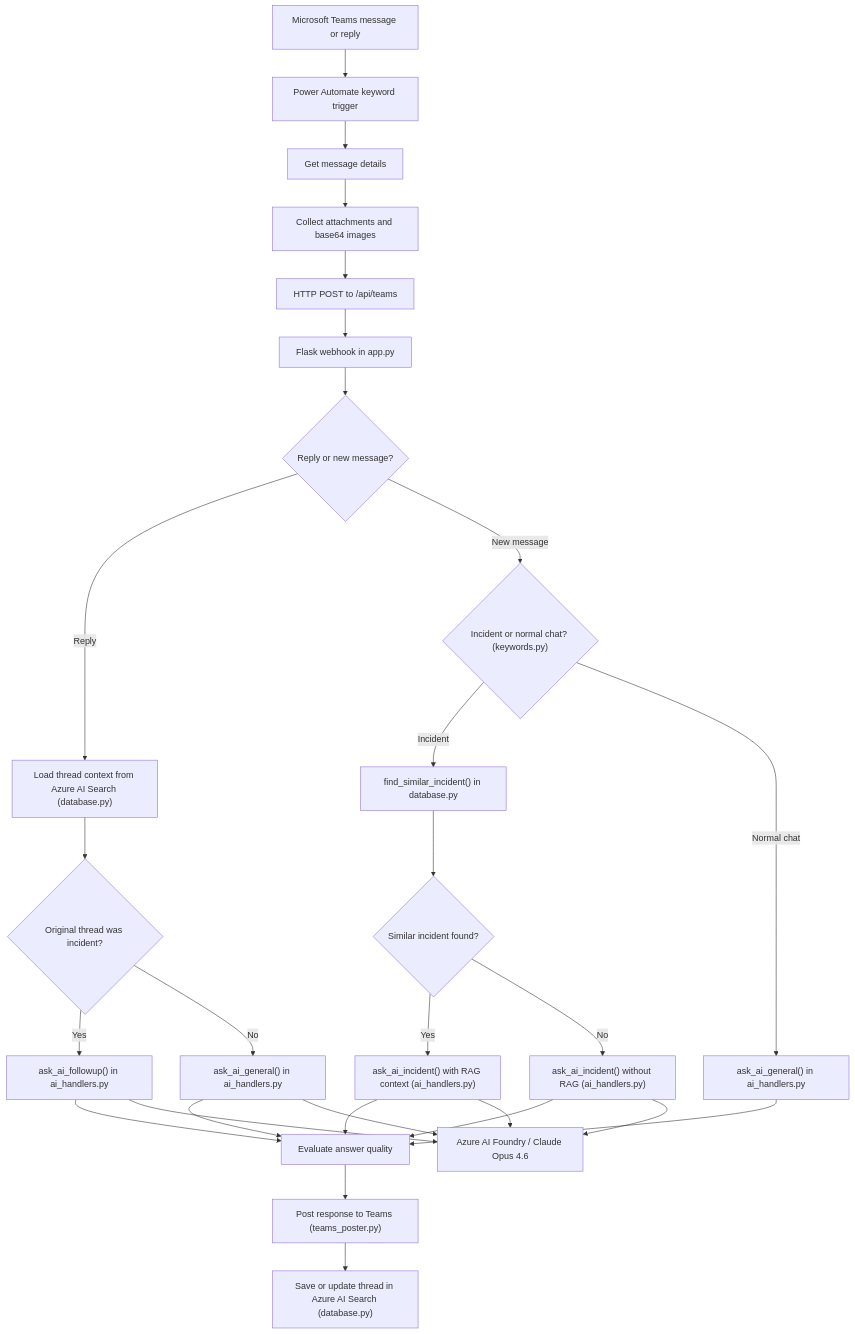
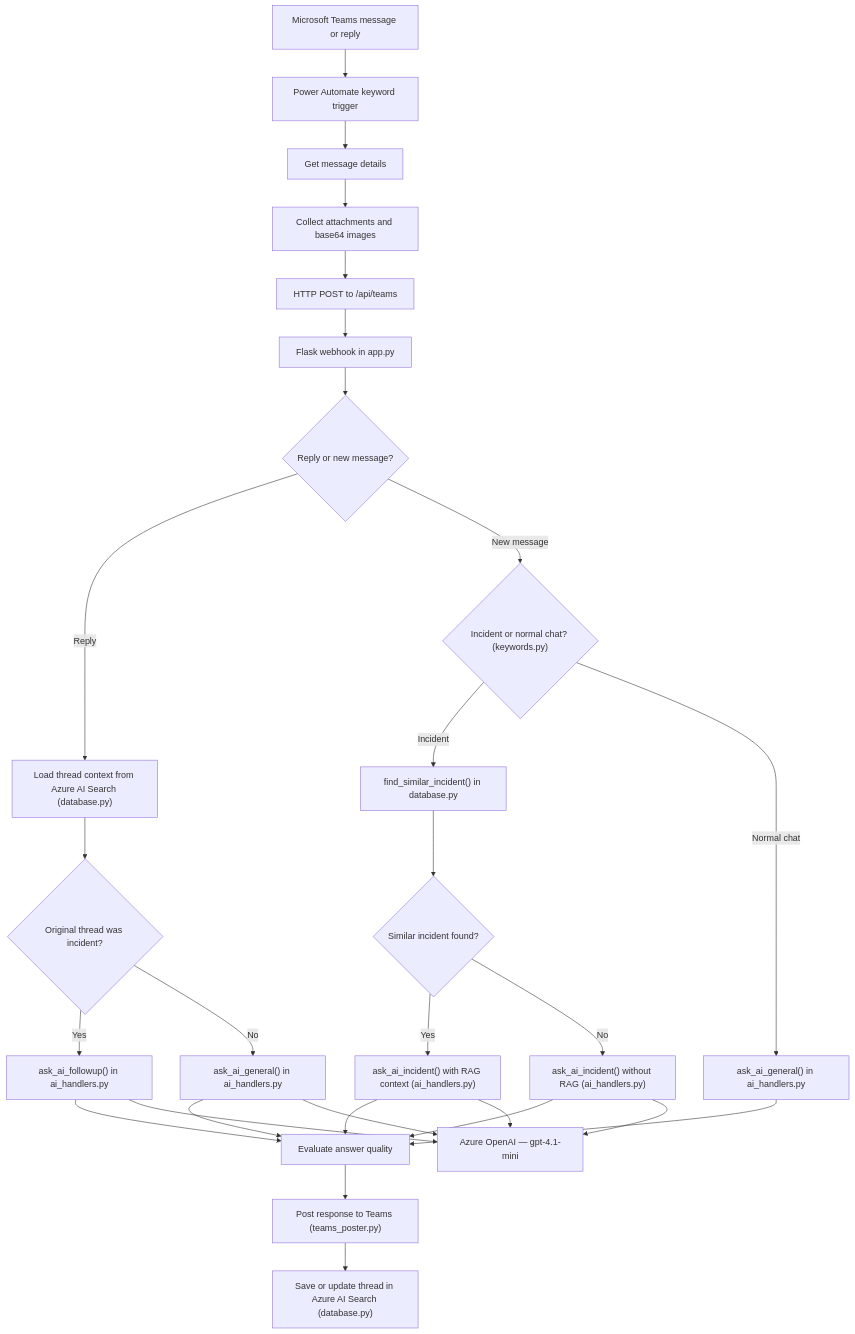
The first of 2 diagrams in README.md (Nishaanth419/SRE_Bot_Bosch), drawn with Mermaid before and after one commit. The commit also changed other lines of this file, not shown here.

````diff
--- a/README.md
+++ b/README.md
@@ -37,38 +38,38 @@
 ```mermaid
 flowchart TD
   A["Microsoft Teams message or reply"] --> B["Power Automate keyword trigger"]
   B --> C["Get message details"]
   C --> D["Collect attachments and base64 images"]
   D --> E["HTTP POST to /api/teams"]
 
   E --> F["Flask webhook in app.py"]
   F --> G{"Reply or new message?"}
 
   G -->|Reply| H["Load thread context from Azure AI Search (database.py)"]
   G -->|New message| I{"Incident or normal chat? (keywords.py)"}
 
   H --> J{"Original thread was incident?"}
   J -->|Yes| K["ask_ai_followup() in ai_handlers.py"]
   J -->|No| L["ask_ai_general() in ai_handlers.py"]
 
   I -->|Incident| M["find_similar_incident() in database.py"]
   I -->|Normal chat| N["ask_ai_general() in ai_handlers.py"]
 
   M --> O{"Similar incident found?"}
   O -->|Yes| P["ask_ai_incident() with RAG context (ai_handlers.py)"]
   O -->|No| Q["ask_ai_incident() without RAG (ai_handlers.py)"]
 
   K --> R["Evaluate answer quality"]
   L --> R
   N --> R
   P --> R
   Q --> R
 
-  P --> U["Azure AI Foundry / Claude Opus 4.6"]
+  P --> U["Azure OpenAI — gpt-4.1-mini"]
   Q --> U
   K --> U
   L --> U
 
   R --> S["Post response to Teams (teams_poster.py)"]
   S --> T["Save or update thread in Azure AI Search (database.py)"]
 ```
````
